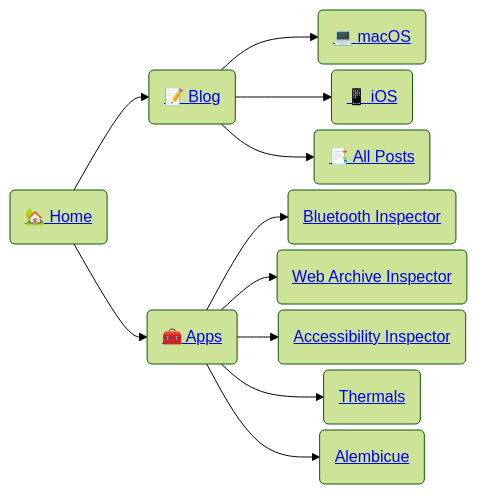
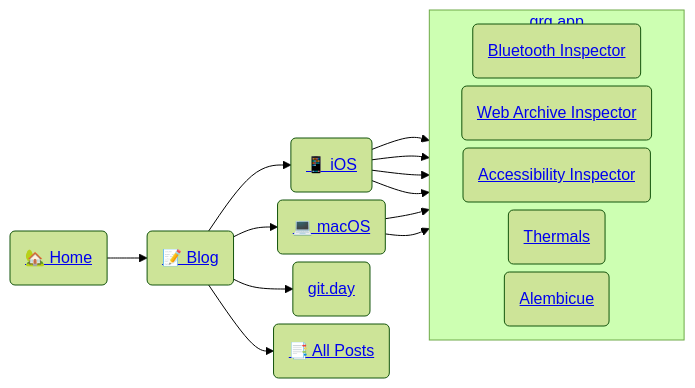
The diagram in README.md (grgar/grgar), drawn with Mermaid (forest theme) before and after one commit.

````diff
--- a/README.md
+++ b/README.md
@@ -1,17 +1,22 @@
 ```mermaid
- graph LR
- %%{init:{'flowchart':{'nodeSpacing': 6, 'rankSpacing': 40}}}%%
- Home("<a href=https://georgegarside.com/>🏡 Home</a>")
- Blog("<a href=https://georgegarside.com/blog/>📝 Blog</a>")
- Apps("<a href=https://georgegarside.com/apps/>🧰 Apps</a>")
- Home --> Blog
- 	Blog --> macOS("<a href=https://georgegarside.com/blog/macos/>💻 macOS</a>")
- 	Blog --> iOS("<a href=https://georgegarside.com/blog/ios/>📱 iOS</a>")
- 	Blog --> Posts("<a href=https://georgegarside.com/blog/>📑 All Posts</a>")
- Home --> Apps
- 	Apps --> BT("<a href=https://georgegarside.com/apps/bluetooth-inspector/>Bluetooth Inspector</a>")
- 	Apps --> WAI("<a href=https://georgegarside.com/apps/web-archive-inspector/>Web Archive Inspector</a>")
- 	Apps --> AI("<a href=https://georgegarside.com/apps/accessibility-inspector/>Accessibility Inspector</a>")
- 	Apps --> Thermals("<a href=https://georgegarside.com/apps/thermals/>Thermals</a>")
- 	Apps --> Alembicue("<a href=https://georgegarside.com/apps/alembicue/>Alembicue</a>")
+graph LR
+%%{init:{'flowchart':{'nodeSpacing': 8, 'rankSpacing': 40}}}%%
+Home("<a href=https://georgegarside.com/>🏡 Home</a>")
+Blog("<a href=https://georgegarside.com/blog/>📝 Blog</a>")
+Apps("<a href=https://georgegarside.com/apps/>🧰 Apps</a>")
+Home --> Blog
+	Blog --> macOS("<a href=https://georgegarside.com/blog/macos/>💻 macOS</a>")
+	Blog --> iOS("<a href=https://georgegarside.com/blog/ios/>📱 iOS</a>")
+	Blog --> Git("<a href=https://git.day/>git.day</a>")
+	Blog --> Posts("<a href=https://georgegarside.com/blog/>📑 All Posts</a>")
+subgraph Apps["<a href=https://grg.app/>grg.app</a>"]
+	direction RL
+ 	BT("<a href=https://georgegarside.com/apps/bluetooth-inspector/>Bluetooth Inspector</a>")
+ 	WAI("<a href=https://georgegarside.com/apps/web-archive-inspector/>Web Archive Inspector</a>")
+ 	AI("<a href=https://georgegarside.com/apps/accessibility-inspector/>Accessibility Inspector</a>")
+ 	Thermals("<a href=https://georgegarside.com/apps/thermals/>Thermals</a>")
+ 	Alembicue("<a href=https://georgegarside.com/apps/alembicue/>Alembicue</a>")
+end
+iOS --> BT & WAI & AI & Thermals
+macOS --> BT & Alembicue
 ```
````
